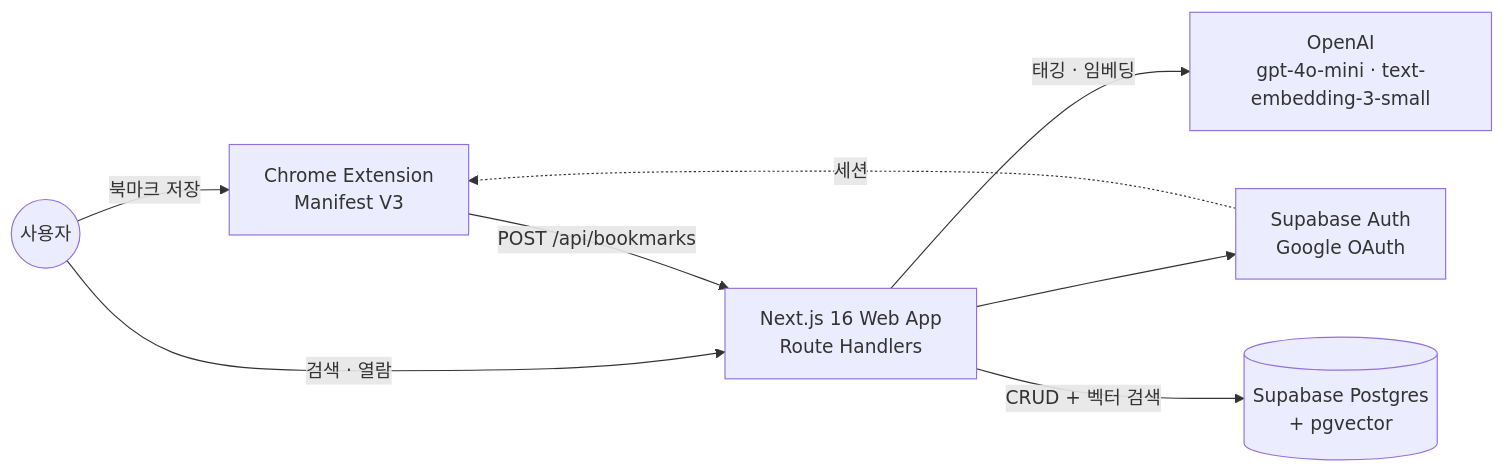
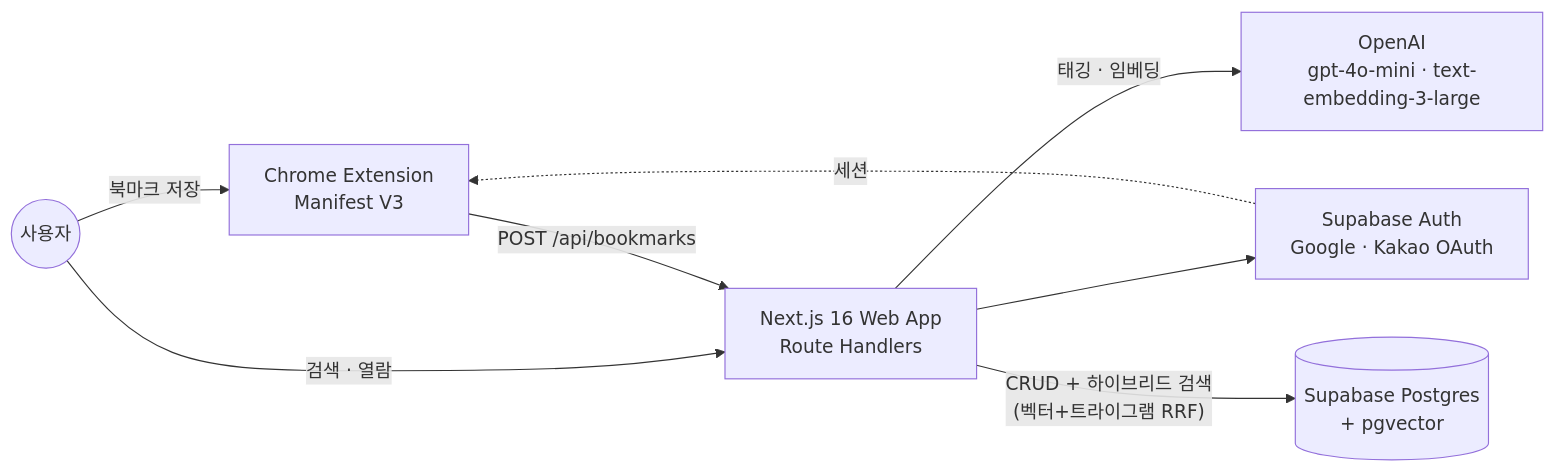
Before and after one commit to KernelAcademy-AICamp/ai-camp-7th-main-project-2teams: the first of 2 diagrams in README.md, drawn with Mermaid. The commit also changed other lines of this file, not shown here.

Commit message:
docs: README 최신화 — Kakao OAuth·3-large·하이브리드 검색·A68 태스크 반영

````diff
--- a/README.md
+++ b/README.md
@@ -33,17 +33,17 @@
 ```mermaid
 flowchart LR
   User(("사용자"))
   Ext["Chrome Extension<br/>Manifest V3"]
   Web["Next.js 16 Web App<br/>Route Handlers"]
-  Auth["Supabase Auth<br/>Google OAuth"]
+  Auth["Supabase Auth<br/>Google · Kakao OAuth"]
   DB[("Supabase Postgres<br/>+ pgvector")]
-  AI["OpenAI<br/>gpt-4o-mini · text-embedding-3-small"]
+  AI["OpenAI<br/>gpt-4o-mini · text-embedding-3-large"]
 
   User -->|북마크 저장| Ext
   User -->|검색 · 열람| Web
   Ext -->|"POST /api/bookmarks"| Web
   Web --> Auth
   Web -->|태깅 · 임베딩| AI
-  Web -->|"CRUD + 벡터 검색"| DB
+  Web -->|"CRUD + 하이브리드 검색<br/>(벡터+트라이그램 RRF)"| DB
   Auth -.세션.-> Ext
 ```
````
